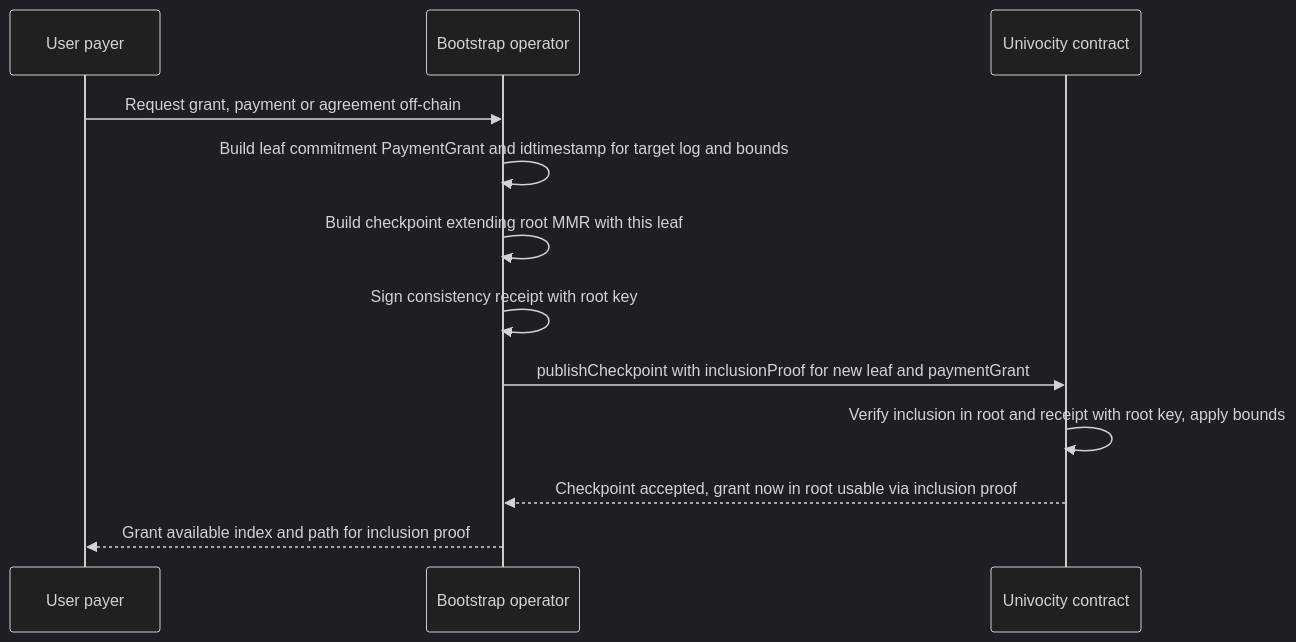
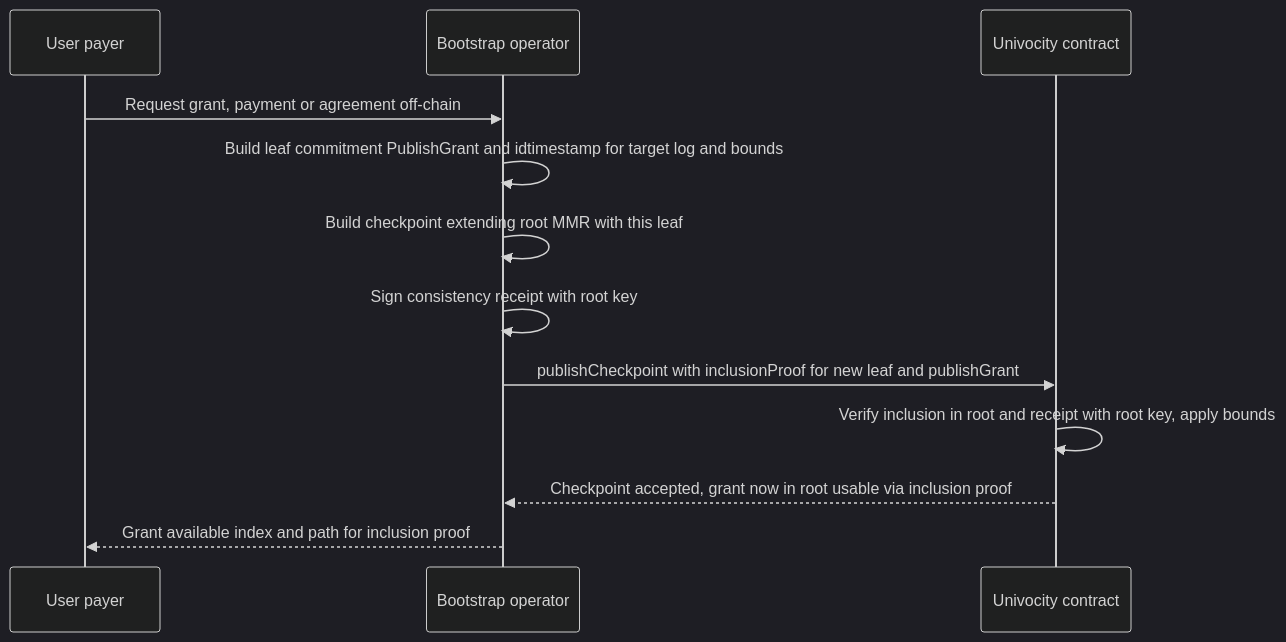
One commit to forestrie/univocity changed the sixth of 10 diagrams in docs/arc/arc-0017-auth-overview.md. Above: the diagram before and after it, drawn with Mermaid (dark theme). The commit also changed other lines of this file and 35 other files, not shown here.

First line of the commit message:
refactor(univocity): interfaces move, event shape, PublishGrant without payer (#7)

````diff
--- a/docs/arc/arc-0017-auth-overview.md
+++ b/docs/arc/arc-0017-auth-overview.md
@@ -245,15 +245,15 @@
 ```mermaid
 sequenceDiagram
     participant User as User payer
     participant Op as Bootstrap operator
     participant C as Univocity contract
 
     User->>Op: Request grant, payment or agreement off-chain
-    Op->>Op: Build leaf commitment PaymentGrant and idtimestamp for target log and bounds
+    Op->>Op: Build leaf commitment PublishGrant and idtimestamp for target log and bounds
     Op->>Op: Build checkpoint extending root MMR with this leaf
     Op->>Op: Sign consistency receipt with root key
-    Op->>C: publishCheckpoint with inclusionProof for new leaf and paymentGrant
+    Op->>C: publishCheckpoint with inclusionProof for new leaf and publishGrant
     C->>C: Verify inclusion in root and receipt with root key, apply bounds
     C-->>Op: Checkpoint accepted, grant now in root usable via inclusion proof
     Op-->>User: Grant available index and path for inclusion proof
 ```
````
